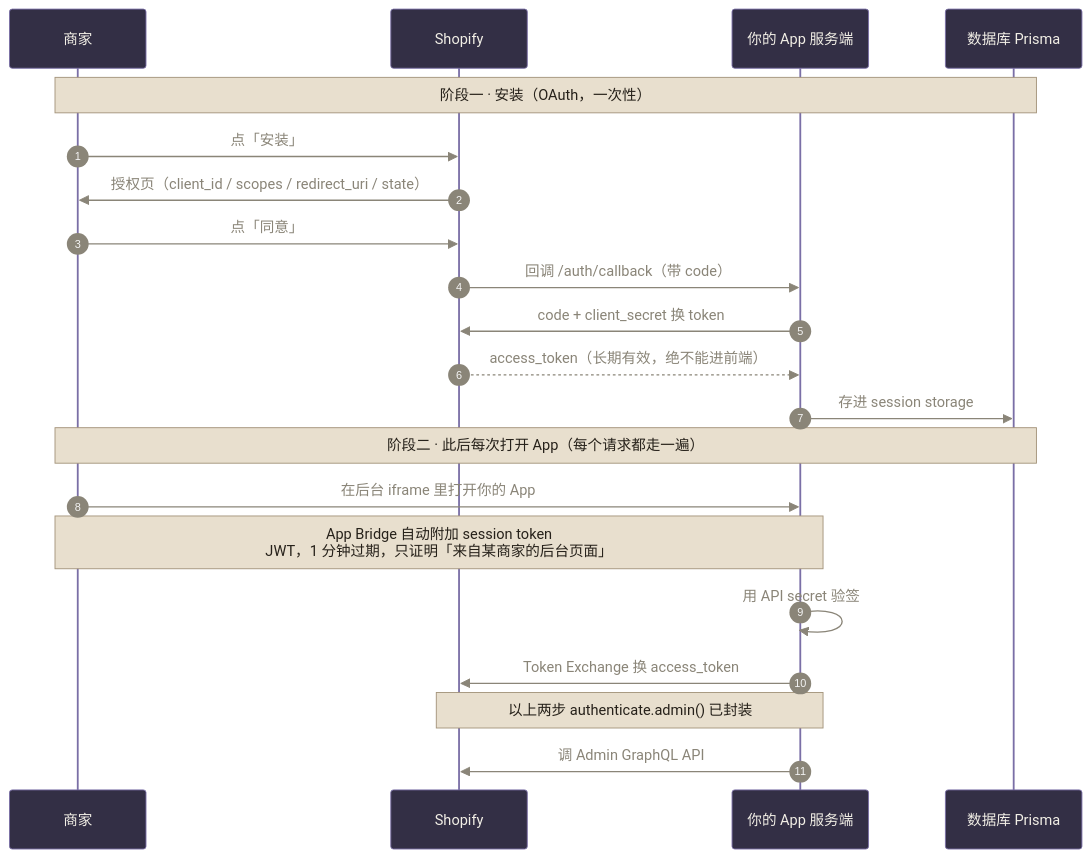
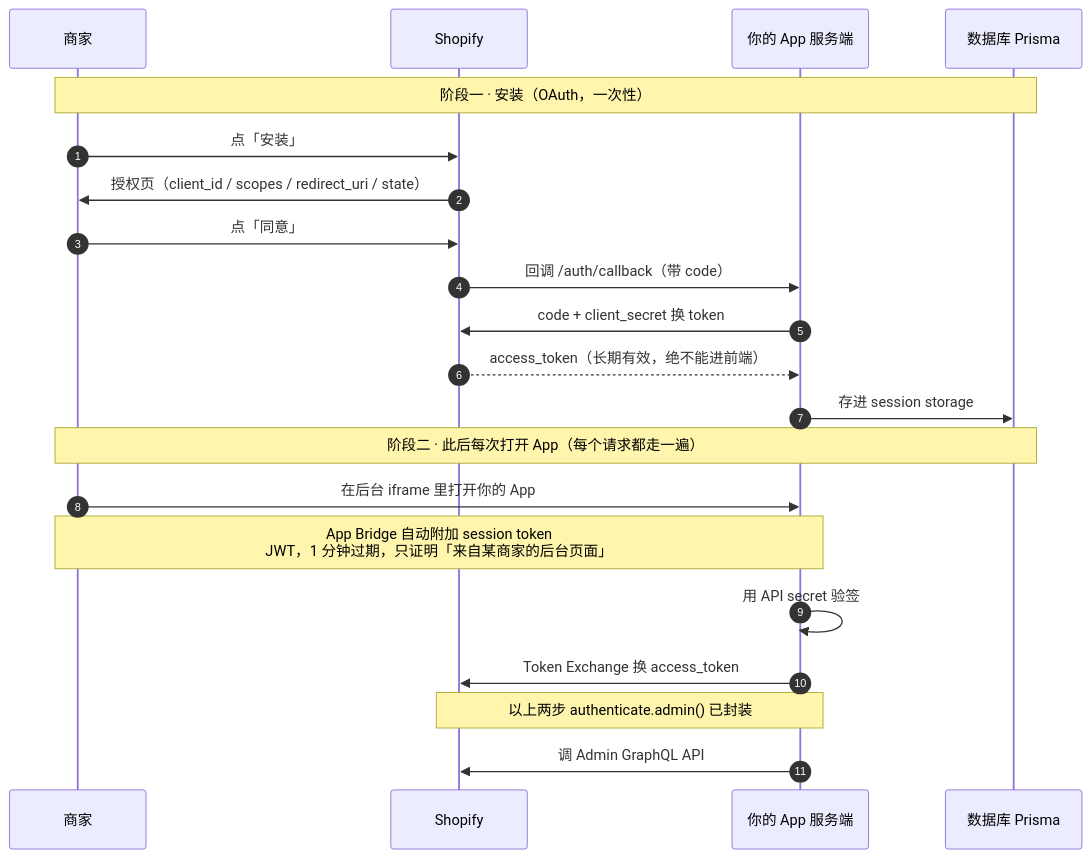
Before and after one commit to kankan98/shopify: the second of 2 diagrams in my-new-theme/docs/03-其他前端知识清单.md, drawn with Mermaid. The commit also changed other lines of this file and 3 other files, not shown here.

Commit message:
fix: 文档配图修复

````diff
--- a/my-new-theme/docs/03-其他前端知识清单.md
+++ b/my-new-theme/docs/03-其他前端知识清单.md
@@ -528,31 +528,25 @@
 ```mermaid
-%%{init:{'theme':'base','themeVariables':{
-  'actorBkg':'#332F45','actorTextColor':'#F2EFE6','actorBorder':'#7A6FA6',
-  'noteBkgColor':'#E8DFCE','noteTextColor':'#26211A','noteBorderColor':'#A3937A',
-  'signalColor':'#8A8578','signalTextColor':'#8A8578',
-  'activationBkgColor':'#0F5F4E','activationBorderColor':'#3FA98D'
-}}}%%
 sequenceDiagram
     autonumber
     participant M as 商家
     participant S as Shopify
     participant App as 你的 App 服务端
     participant DB as 数据库 Prisma
 
     Note over M,DB: 阶段一 · 安装（OAuth，一次性）
     M->>S: 点「安装」
     S->>M: 授权页（client_id / scopes / redirect_uri / state）
     M->>S: 点「同意」
     S->>App: 回调 /auth/callback（带 code）
     App->>S: code + client_secret 换 token
     S-->>App: access_token（长期有效，绝不能进前端）
     App->>DB: 存进 session storage
 
     Note over M,DB: 阶段二 · 此后每次打开 App（每个请求都走一遍）
     M->>App: 在后台 iframe 里打开你的 App
     Note over M,App: App Bridge 自动附加 session token<br/>JWT，1 分钟过期，只证明「来自某商家的后台页面」
     App->>App: 用 API secret 验签
     App->>S: Token Exchange 换 access_token
     Note over App,S: 以上两步 authenticate.admin() 已封装
     App->>S: 调 Admin GraphQL API
 ```
````
